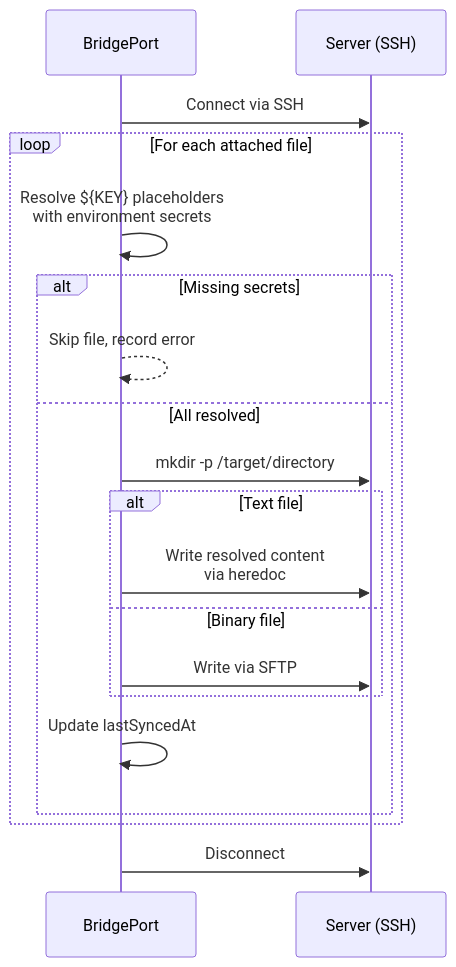
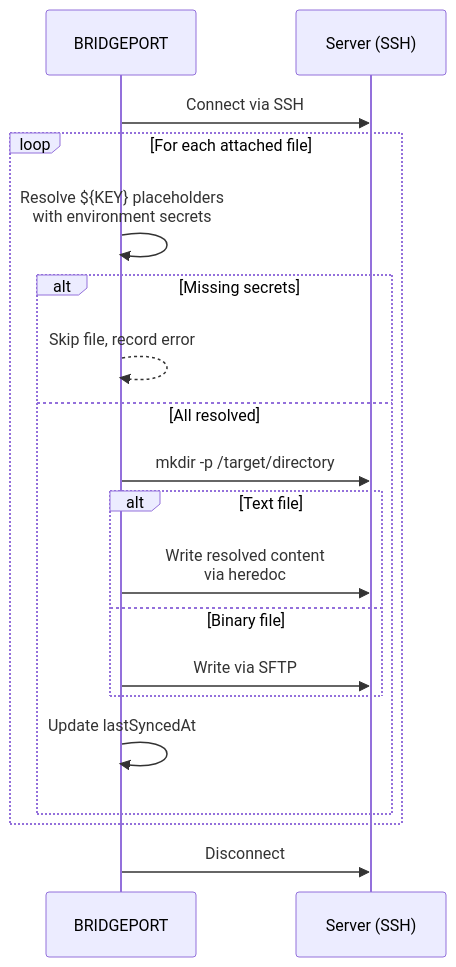
One commit to bridgeinpt/bridgeport changed the second of 2 diagrams in docs/guides/config-files.md. Above: the diagram before and after it, drawn with Mermaid. The commit also changed other lines of this file and 94 other files, not shown here.

````diff
--- a/docs/guides/config-files.md
+++ b/docs/guides/config-files.md
@@ -206,22 +206,22 @@
 ```mermaid
 sequenceDiagram
-    participant BP as BridgePort
+    participant BP as BRIDGEPORT
     participant SSH as Server (SSH)
 
     BP->>SSH: Connect via SSH
     loop For each attached file
         BP->>BP: Resolve ${KEY} placeholders<br/>with environment secrets
         alt Missing secrets
             BP-->>BP: Skip file, record error
         else All resolved
             BP->>SSH: mkdir -p /target/directory
             alt Text file
                 BP->>SSH: Write resolved content<br/>via heredoc
             else Binary file
                 BP->>SSH: Write via SFTP
             end
             BP->>BP: Update lastSyncedAt
         end
     end
     BP->>SSH: Disconnect
 ```
````
